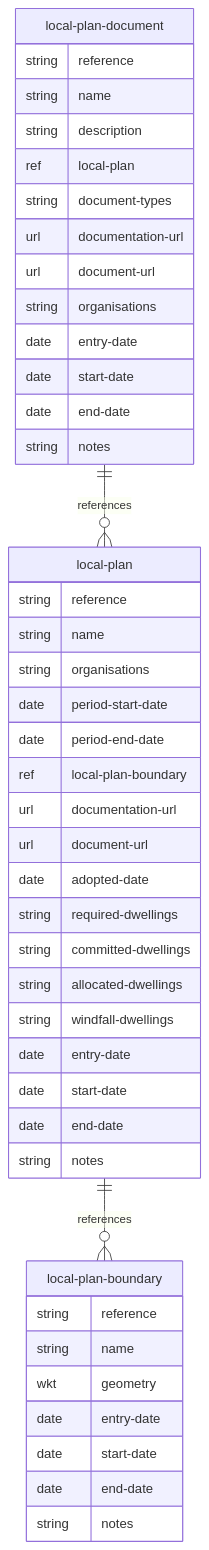
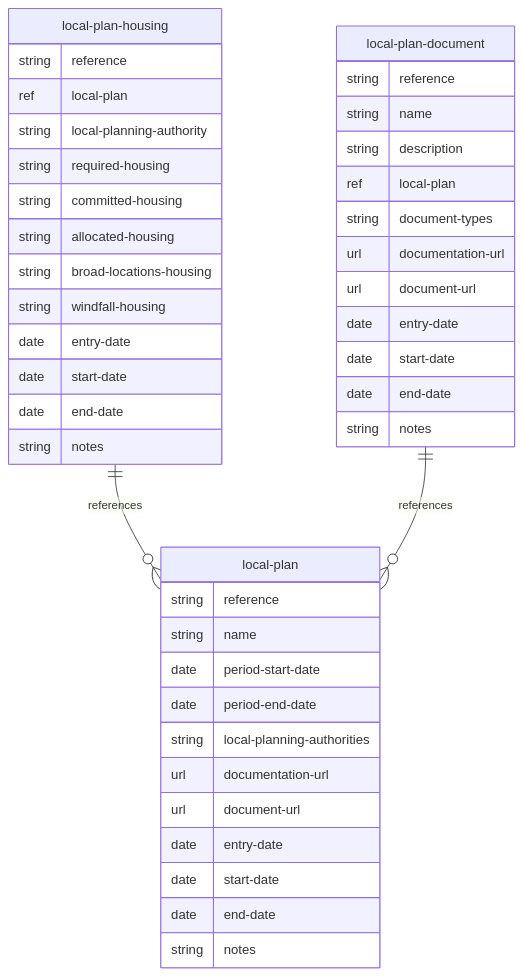
One commit to digital-land/specification changed the diagram in docs/mermaid/local-plan.md. Above: the diagram before and after it, drawn with Mermaid. The commit also changed 52 other files, not shown here.

````diff
--- a/docs/mermaid/local-plan.md
+++ b/docs/mermaid/local-plan.md
@@ -4,47 +4,45 @@
 ```mermaid
 erDiagram
-    local-plan-boundary {
+    local-plan {
         string reference
         string name
-        wkt geometry
+        date period-start-date
+        date period-end-date
+        string local-planning-authorities
+        url documentation-url
+        url document-url
         date entry-date
         date start-date
         date end-date
         string notes
     }
-    local-plan {
+    local-plan-housing {
         string reference
-        string name
-        string organisations
-        date period-start-date
-        date period-end-date
-        ref local-plan-boundary
-        url documentation-url
-        url document-url
-        date adopted-date
-        string required-dwellings
-        string committed-dwellings
-        string allocated-dwellings
-        string windfall-dwellings
+        ref local-plan
+        string local-planning-authority
+        string required-housing
+        string committed-housing
+        string allocated-housing
+        string broad-locations-housing
+        string windfall-housing
         date entry-date
         date start-date
         date end-date
         string notes
     }
     local-plan-document {
         string reference
         string name
         string description
         ref local-plan
         string document-types
         url documentation-url
         url document-url
-        string organisations
         date entry-date
         date start-date
         date end-date
         string notes
     }
-    local-plan ||--o{ local-plan-boundary : references
+    local-plan-housing ||--o{ local-plan : references
     local-plan-document ||--o{ local-plan : references
 ```
````
